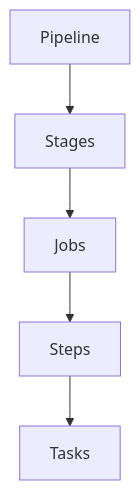
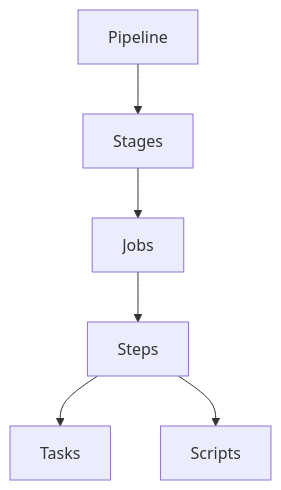
One commit to ShubhamTatvamasi/azure changed the first of 4 diagrams in azure-devops-pipeline.md. Above: the diagram before and after it, drawn with Mermaid. The commit also changed other lines of this file, not shown here.

````diff
--- a/azure-devops-pipeline.md
+++ b/azure-devops-pipeline.md
@@ -25,8 +28,9 @@
 ``` mermaid
 graph TD
     P[Pipeline]
     P --> S[Stages]
     S --> J[Jobs]
     J --> ST[Steps]
     ST --> T[Tasks]
+    ST --> SC[Scripts]
 ```
````
